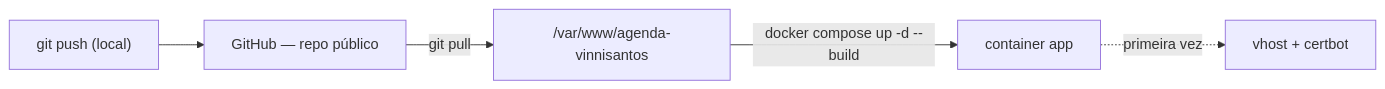
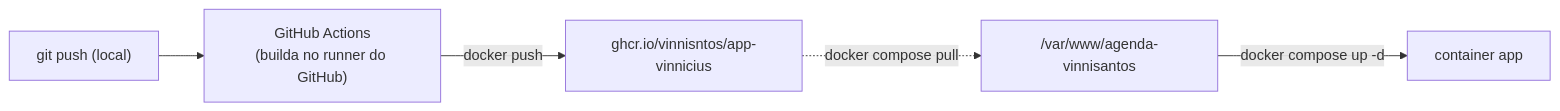
One commit to vinnisntos/app-vinnicius changed the second of 2 diagrams in docs/07-infraestrutura-deploy.md. Above: the diagram before and after it, drawn with Mermaid. The commit also changed other lines of this file and 3 other files, not shown here.

First line of the commit message:
Build sai da EC2: GitHub Actions publica a imagem, servidor só puxa

````diff
--- a/docs/07-infraestrutura-deploy.md
+++ b/docs/07-infraestrutura-deploy.md
@@ -54,7 +63,7 @@
 ```mermaid
 flowchart LR
-    Dev["git push (local)"] --> GH["GitHub — repo público"]
-    GH -->|"git pull"| EC2["/var/www/agenda-vinnisantos"]
-    EC2 -->|"docker compose up -d --build"| App["container app"]
-    App -.->|"primeira vez"| Nginx["vhost + certbot"]
+    Dev["git push (local)"] --> GH["GitHub Actions\n(builda no runner do GitHub)"]
+    GH -->|"docker push"| GHCR["ghcr.io/vinnisntos/app-vinnicius"]
+    GHCR -.->|"docker compose pull"| EC2["/var/www/agenda-vinnisantos"]
+    EC2 -->|"docker compose up -d"| App["container app"]
 ```
````
